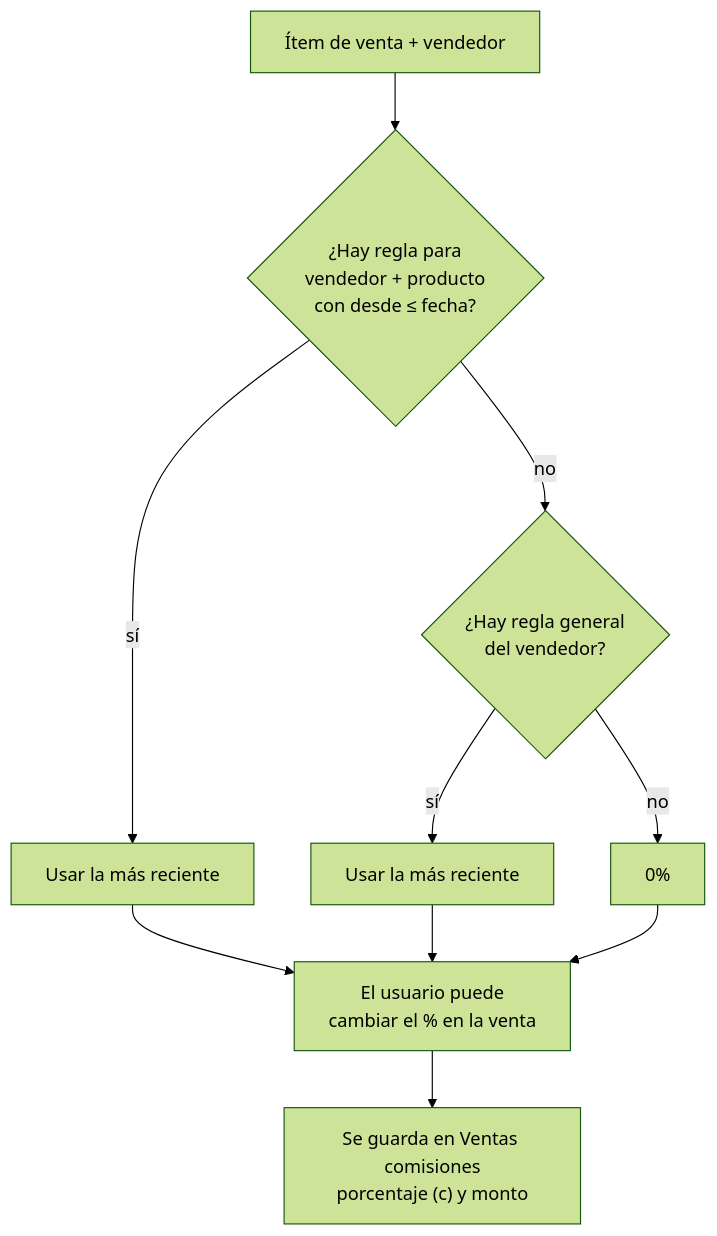
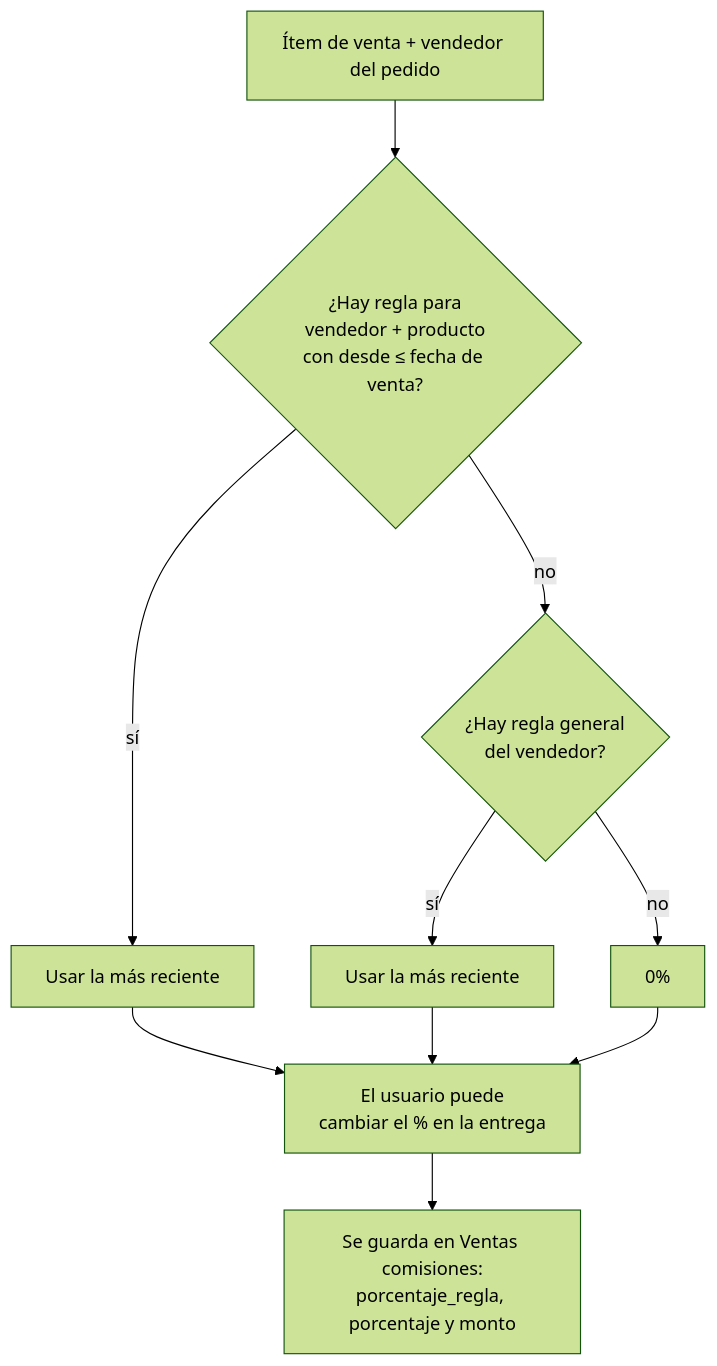
The seventh of 9 diagrams in spec/modelo-de-datos.md (magalipujol/ERPeq), drawn with Mermaid (forest theme) before and after one commit. The commit also changed other lines of this file and 30 other files, not shown here.

First line of the commit message:
Pedidos, entregas, fletes con estados y comisiones por vendedor

````diff
--- a/spec/modelo-de-datos.md
+++ b/spec/modelo-de-datos.md
@@ -226,12 +429,12 @@
 ```mermaid
 flowchart TD
-    A[Ítem de venta + vendedor] --> B{"¿Hay regla para<br/>vendedor + producto<br/>con desde ≤ fecha?"}
+    A[Ítem de venta + vendedor del pedido] --> B{"¿Hay regla para<br/>vendedor + producto<br/>con desde ≤ fecha de venta?"}
     B -- sí --> R1[Usar la más reciente]
     B -- no --> C{"¿Hay regla general<br/>del vendedor?"}
     C -- sí --> R2[Usar la más reciente]
     C -- no --> R3[0%]
-    R1 --> E[El usuario puede<br/>cambiar el % en la venta]
+    R1 --> E[El usuario puede<br/>cambiar el % en la entrega]
     R2 --> E
     R3 --> E
-    E --> G["Se guarda en Ventas comisiones<br/>porcentaje (c) y monto"]
+    E --> G["Se guarda en Ventas comisiones:<br/>porcentaje_regla, porcentaje y monto"]
 ```
````
